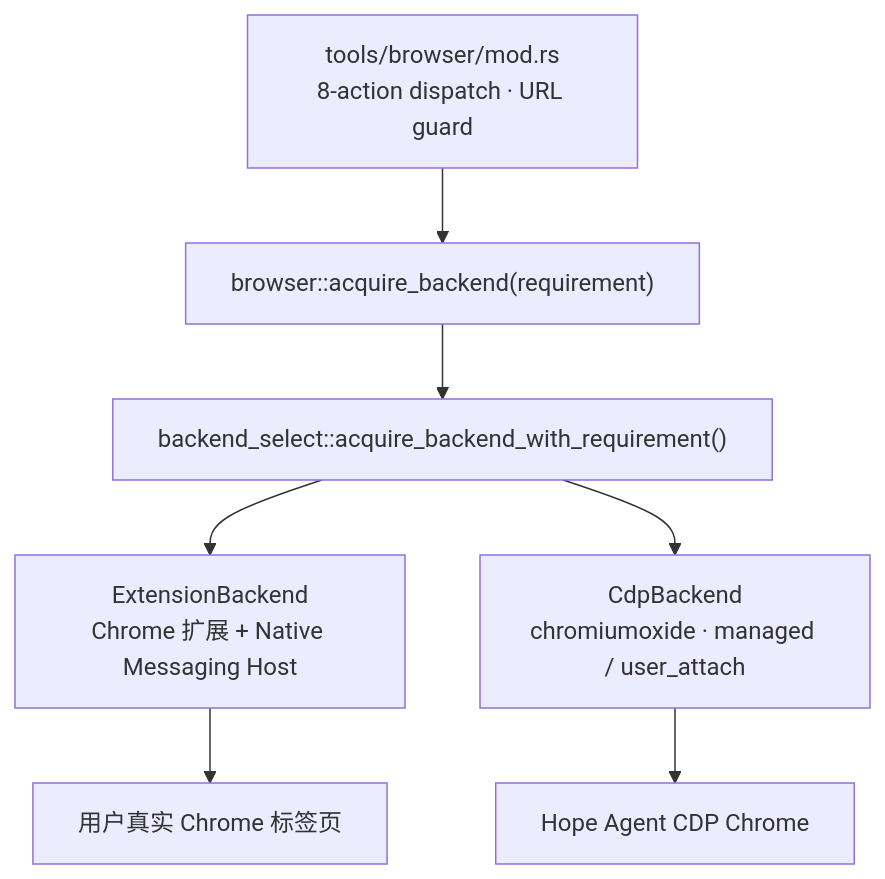
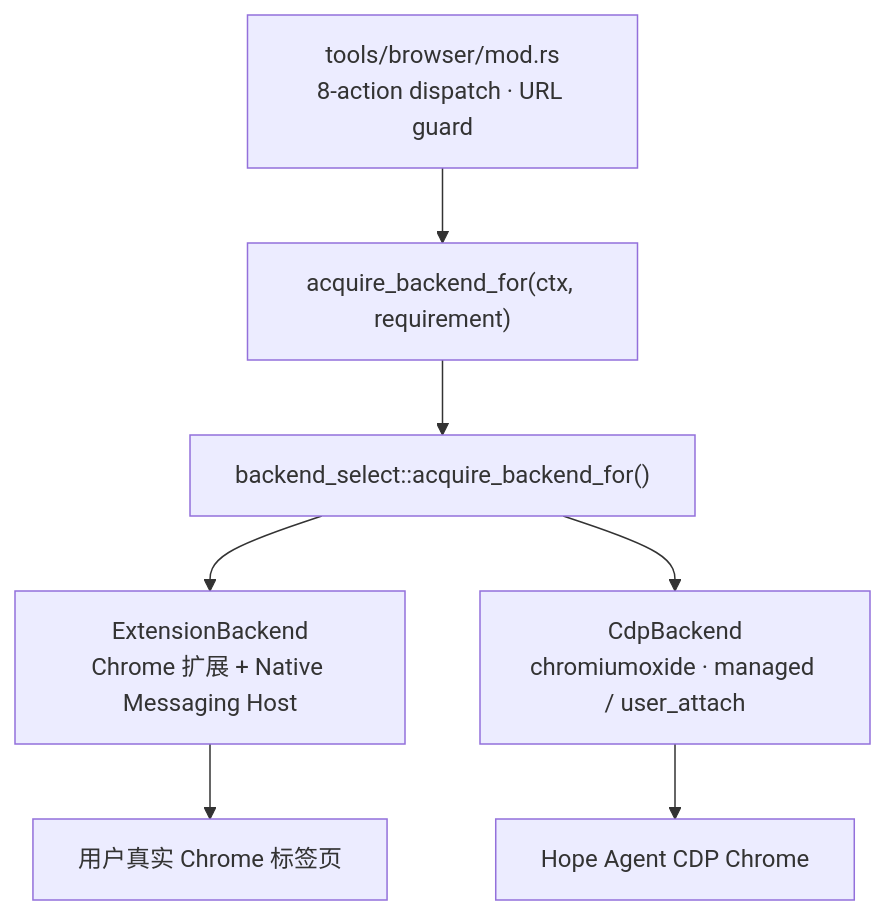
One commit to gabrielmoreira/agent-skills-mirror changed the first of 2 diagrams in mirrors/repos/shiwenwen@hope-agent/docs/architecture/browser.md. Above: the diagram before and after it, drawn with Mermaid. The commit also changed other lines of this file and 1948 other files, not shown here.

````diff
--- a/mirrors/repos/shiwenwen@hope-agent/docs/architecture/browser.md
+++ b/mirrors/repos/shiwenwen@hope-agent/docs/architecture/browser.md
@@ -24,14 +24,14 @@
 ```mermaid
 flowchart TB
     MOD["tools/browser/mod.rs<br/>8-action dispatch · URL guard"]
-    ACQ["browser::acquire_backend(requirement)"]
-    SEL["backend_select::acquire_backend_with_requirement()"]
+    ACQ["acquire_backend_for(ctx, requirement)"]
+    SEL["backend_select::acquire_backend_for()"]
     EXT["ExtensionBackend<br/>Chrome 扩展 + Native Messaging Host"]
     CDP["CdpBackend<br/>chromiumoxide · managed / user_attach"]
     REAL["用户真实 Chrome 标签页"]
     HOPE["Hope Agent CDP Chrome"]
 
     MOD --> ACQ --> SEL
     SEL --> EXT --> REAL
     SEL --> CDP --> HOPE
 ```
````
